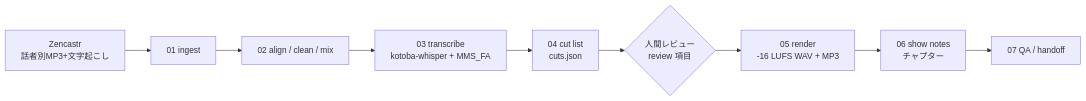
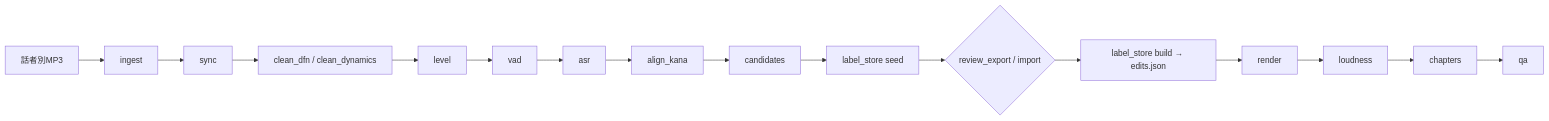
Before and after one commit to Spice-Z/podcast-kitchen: the diagram in README.md, drawn with Mermaid. The commit also changed other lines of this file and 11 other files, not shown here.

Commit message:
docs: thin skills calling scripts; playbook/README agree with config.yaml (long_pause, edits.json, -20 dB duck, -1 dBTP, dual-mono)

````diff
--- a/README.md
+++ b/README.md
@@ -9,11 +8,6 @@
 ```mermaid
 flowchart LR
-  Z[Zencastr<br/>話者別MP3+文字起こし] --> A[01 ingest]
-  A --> B[02 align / clean / mix]
-  B --> C[03 transcribe<br/>kotoba-whisper + MMS_FA]
-  C --> D[04 cut list<br/>cuts.json]
-  D --> H{人間レビュー<br/>review 項目}
-  H --> E[05 render<br/>-16 LUFS WAV + MP3]
-  E --> F[06 show notes<br/>チャプター]
-  F --> G[07 QA / handoff]
+  Z[話者別MP3] --> I[ingest] --> S[sync] --> C[clean_dfn / clean_dynamics] --> L[level] --> V[vad] --> A[asr] --> K[align_kana]
+  K --> D[candidates] --> B[label_store seed] --> H{review_export / import}
+  H --> E[label_store build → edits.json] --> R[render] --> N[loudness] --> P[chapters] --> Q[qa]
 ```
````
